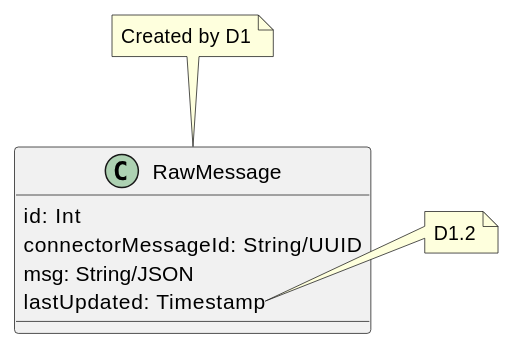
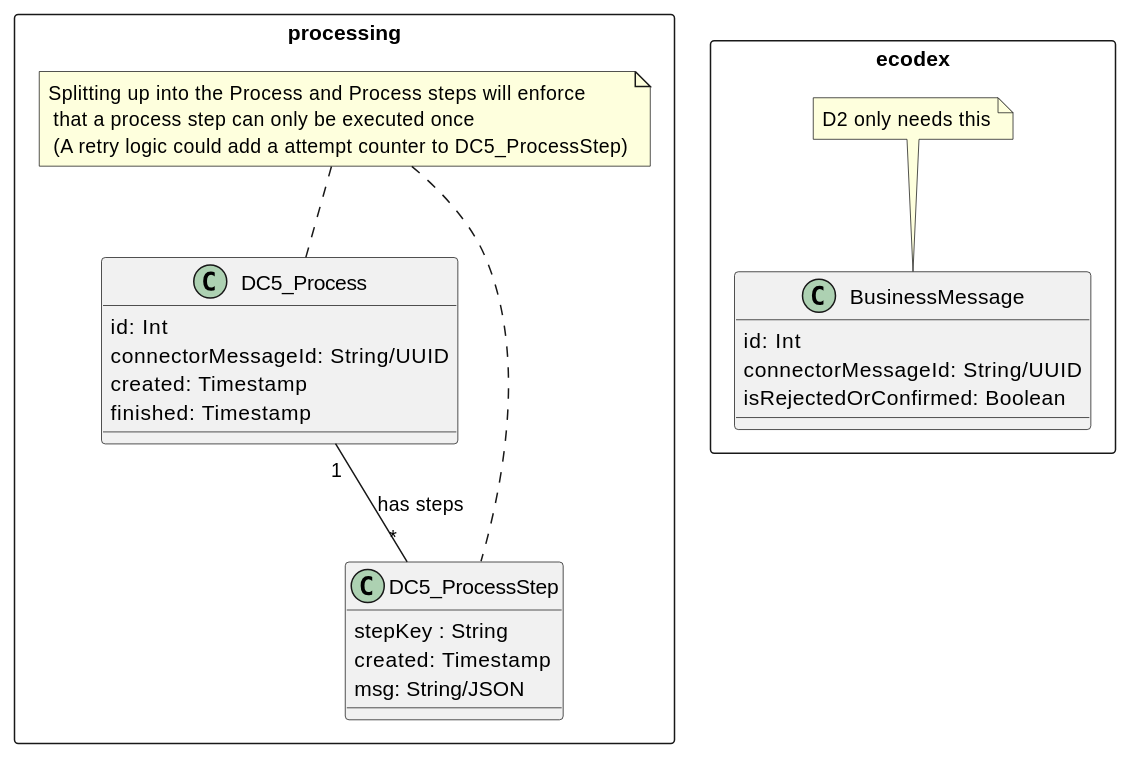
One commit to muell16/domibusConnector changed the diagram in domibusConnector/domibusConnectorDocumentation/src/asciidoc/doc/architecture/connector5/entity_items/data_model_draft.adoc. Above: the diagram before and after it, drawn with PlantUML. The commit also changed other lines of this file, not shown here.

Commit message:
add D2 evidence triggers

```diff
--- a/domibusConnector/domibusConnectorDocumentation/src/asciidoc/doc/architecture/connector5/entity_items/data_model_draft.adoc
+++ b/domibusConnector/domibusConnectorDocumentation/src/asciidoc/doc/architecture/connector5/entity_items/data_model_draft.adoc
@@ -58,21 +62,49 @@
 [plantuml]
 ----
 @startuml
 
-class RawMessage
+package processing <<rectangle>> {
+
+class DC5_Process
 {
   id: Int
   connectorMessageId: String/UUID
+  created: Timestamp
+  finished: Timestamp
+}
+
+note "Splitting up into the Process and Process steps will enforce\n \
+that a process step can only be executed once\n \
+(A retry logic could add a attempt counter to DC5_ProcessStep)" as N1
+
+class DC5_ProcessStep {
+  stepKey : String
+  created: Timestamp
   msg: String/JSON
-  lastUpdated: Timestamp
 }
-note top of RawMessage: Created by D1
-note right of RawMessage::"lastUpdated: Timestamp"
-  D1.2
-end note
+
+DC5_Process "1" -- "*" DC5_ProcessStep : has steps
+
+N1 .. DC5_ProcessStep
+N1 .. DC5_Process
+
+}
 
 
+package ecodex <<rectangle>> {
+
+class BusinessMessage {
+  id: Int
+  connectorMessageId: String/UUID
+  isRejectedOrConfirmed: Boolean
+}
+
+note "D2 only needs this" as N2
+
+N2 .. BusinessMessage
+
+}
 
 
 @enduml
 ----
```
